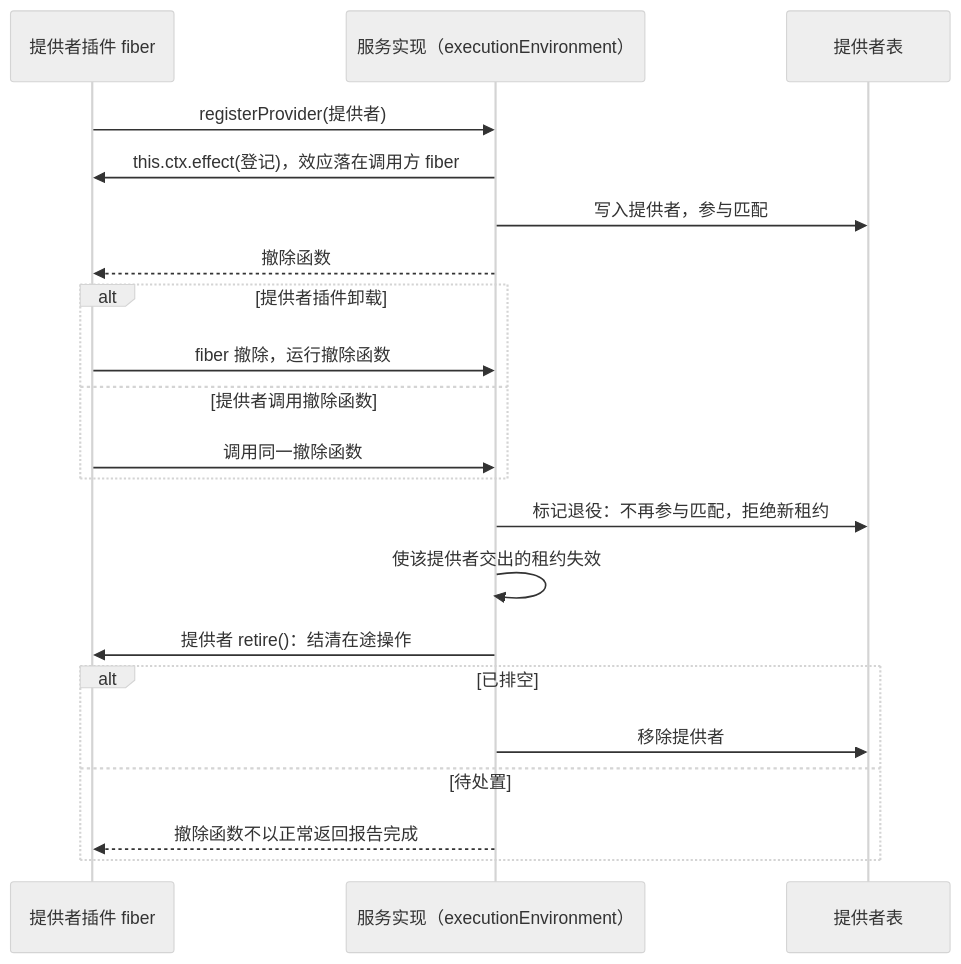
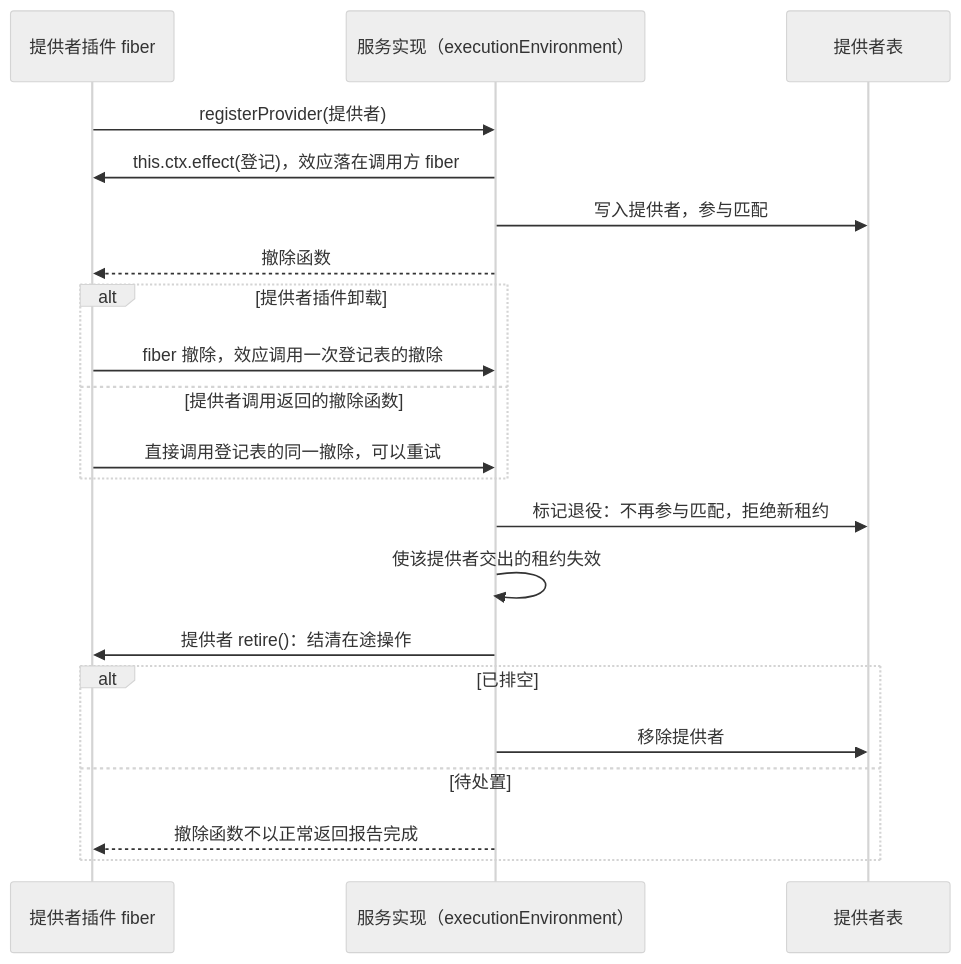
The first of 2 diagrams in packages/execution/execution-environment-cordis-contract/docs/flows.md (nemori-ai/omne-harness-lite), drawn with Mermaid (neutral theme) before and after one commit. The commit also changed other lines of this file and 63 other files, not shown here.

````diff
--- a/packages/execution/execution-environment-cordis-contract/docs/flows.md
+++ b/packages/execution/execution-environment-cordis-contract/docs/flows.md
@@ -15,23 +15,23 @@
 ```mermaid
 sequenceDiagram
   participant PF as 提供者插件 fiber
   participant S as 服务实现（executionEnvironment）
   participant T as 提供者表
   PF->>S: registerProvider(提供者)
   S->>PF: this.ctx.effect(登记)，效应落在调用方 fiber
   S->>T: 写入提供者，参与匹配
   S-->>PF: 撤除函数
   alt 提供者插件卸载
-    PF->>S: fiber 撤除，运行撤除函数
-  else 提供者调用撤除函数
-    PF->>S: 调用同一撤除函数
+    PF->>S: fiber 撤除，效应调用一次登记表的撤除
+  else 提供者调用返回的撤除函数
+    PF->>S: 直接调用登记表的同一撤除，可以重试
   end
   S->>T: 标记退役：不再参与匹配，拒绝新租约
   S->>S: 使该提供者交出的租约失效
   S->>PF: 提供者 retire()：结清在途操作
   alt 已排空
     S->>T: 移除提供者
   else 待处置
     S-->>PF: 撤除函数不以正常返回报告完成
   end
 ```
````
